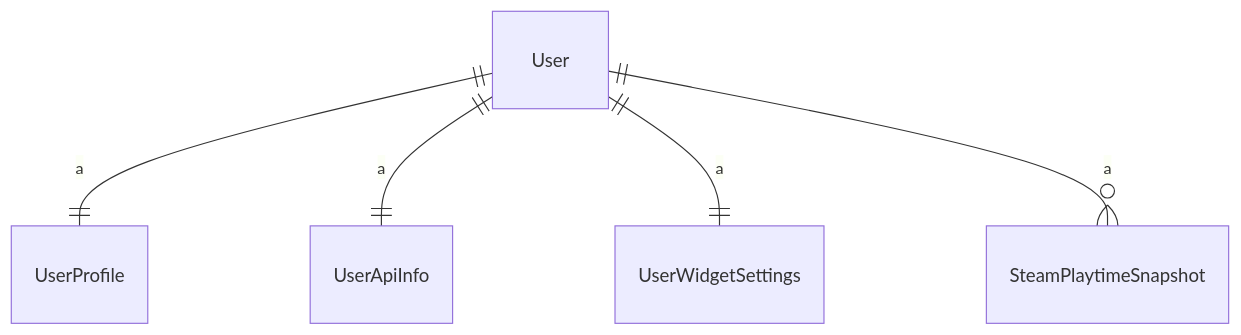
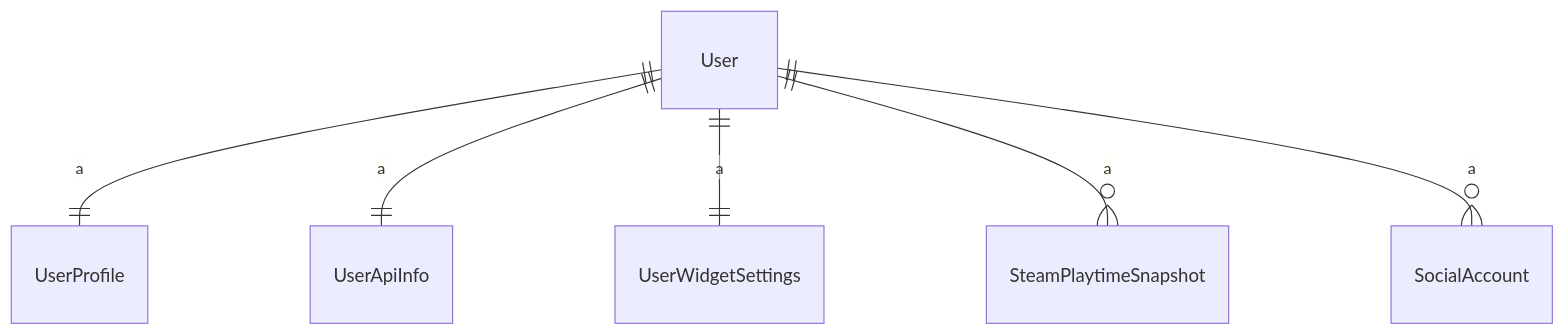
The second of 4 diagrams in ARCHITECTURE.md (pierre54200/Dashboard), drawn with Mermaid before and after one commit. The commit also changed other lines of this file and 33 other files, not shown here.

````diff
--- a/ARCHITECTURE.md
+++ b/ARCHITECTURE.md
@@ -119,7 +120,8 @@
 ```mermaid
 erDiagram
     User ||--|| UserProfile : "a"
     User ||--|| UserApiInfo : "a"
     User ||--|| UserWidgetSettings : "a"
     User ||--o{ SteamPlaytimeSnapshot : "a"
+    User ||--o{ SocialAccount : "a"
 ```
````
